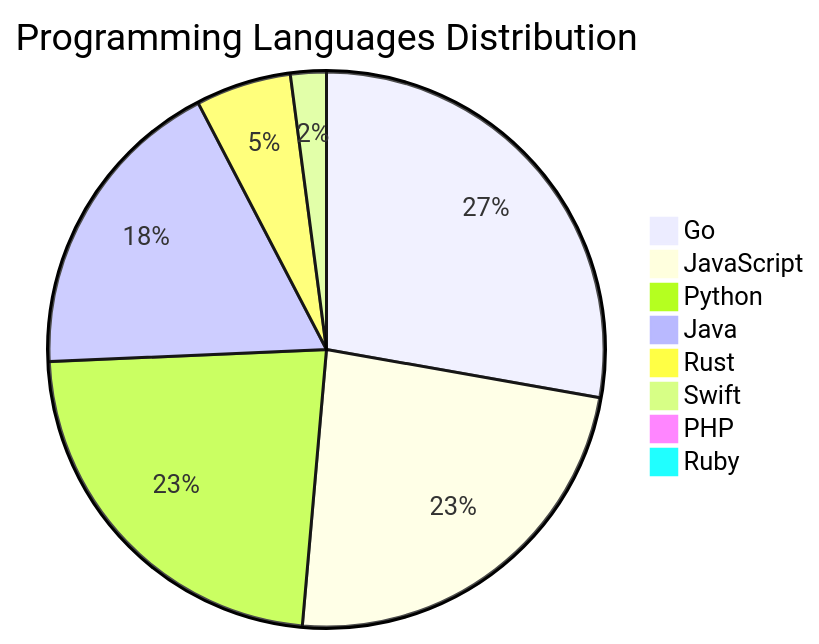
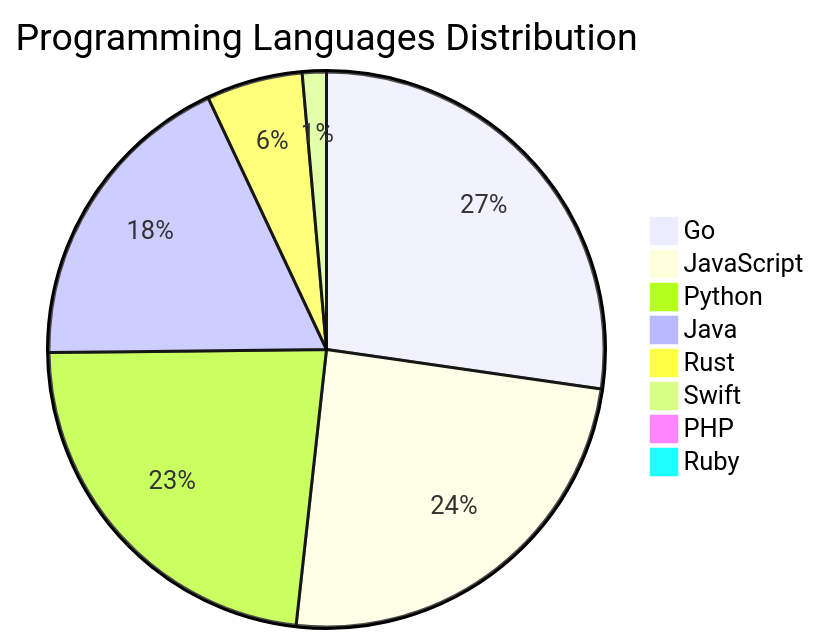
Before and after one commit to Derrick-MUGISHA/github-activity-bot: the diagram in README.md, drawn with Mermaid. The commit also changed other lines of this file and 4 other files, not shown here.

````diff
--- a/README.md
+++ b/README.md
@@ -210,11 +210,11 @@
 ```mermaid
 pie title Programming Languages Distribution
-    "Go" : 40
-    "JavaScript" : 34
+    "Go" : 39
+    "JavaScript" : 35
     "Python" : 33
     "Java" : 26
     "Rust" : 8
-    "Swift" : 3
+    "Swift" : 2
     "PHP" : 1
     "Ruby" : 1
 ```
````
